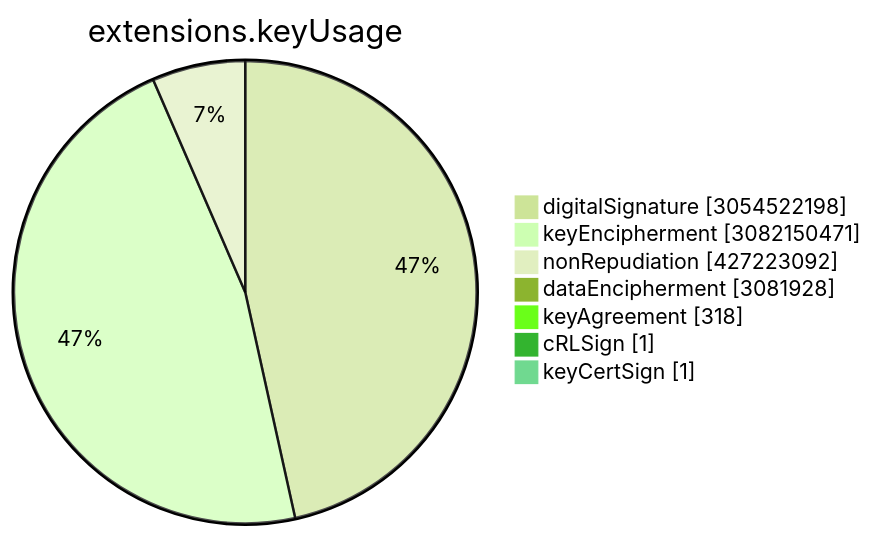
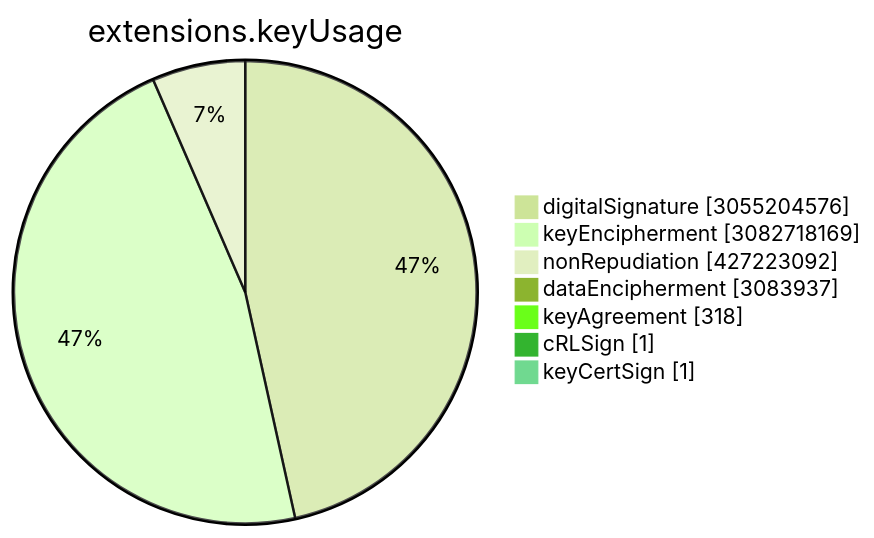
One commit to christiankrug/ctmonitor_visualization changed the sixth of 15 diagrams in TOTAL/README.md. Above: the diagram before and after it, drawn with Mermaid (forest theme). The commit also changed other lines of this file, not shown here.

````diff
--- a/TOTAL/README.md
+++ b/TOTAL/README.md
@@ -3075,11 +3075,11 @@
 ```mermaid
 pie showData
 title extensions.keyUsage
-"digitalSignature" :3054522198
-"keyEncipherment" :3082150471
+"digitalSignature" :3055204576
+"keyEncipherment" :3082718169
 "nonRepudiation" :427223092
-"dataEncipherment" :3081928
+"dataEncipherment" :3083937
 "keyAgreement" :318
 "cRLSign" :1
 "keyCertSign" :1
 ```
````
